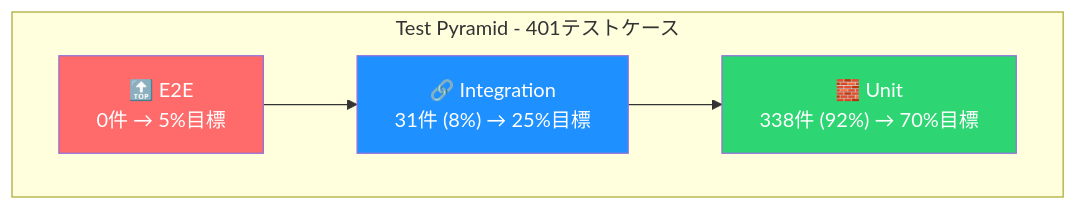
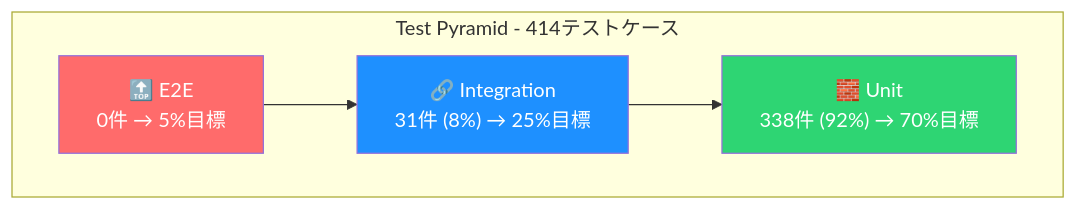
One commit to yaoki-dev/api-test-devops-portfolio changed the second of 2 diagrams in README.md. Above: the diagram before and after it, drawn with Mermaid. The commit also changed other lines of this file, not shown here.

````diff
--- a/README.md
+++ b/README.md
@@ -268,13 +268,13 @@
 ```mermaid
 graph TB
-    subgraph "Test Pyramid - 401テストケース"
+    subgraph "Test Pyramid - 414テストケース"
         E2E["🔝 E2E<br/>0件 → 5%目標"]
         Integration["🔗 Integration<br/>31件 (8%) → 25%目標"]
         Unit["🧱 Unit<br/>338件 (92%) → 70%目標"]
     end
     E2E --> Integration --> Unit
 
     style E2E fill:#ff6b6b,color:#fff
     style Integration fill:#1e90ff,color:#fff
     style Unit fill:#2ed573,color:#fff
 ```
````
